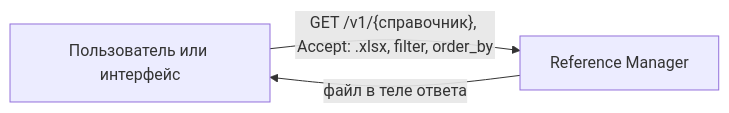
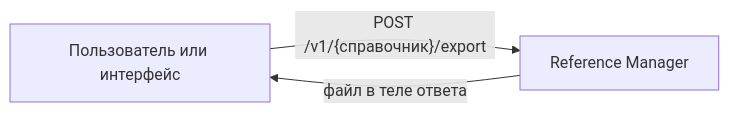
Before and after one commit to MEPhI-C22-501/arch-info-system-monorepo: the fourth of 6 diagrams in reference-manager/documents/162.integration-spec.md, drawn with Mermaid. The commit also changed other lines of this file and 27 other files, not shown here.

First line of the commit message:
docs(reference-manager): follow the currency implementation (ADR-022)

````diff
--- a/reference-manager/documents/162.integration-spec.md
+++ b/reference-manager/documents/162.integration-spec.md
@@ -131,5 +131,5 @@
 ```mermaid
 flowchart LR
-    U["Пользователь или интерфейс"] -->|"GET /v1/{справочник}, Accept: .xlsx, filter, order_by"| RM["Reference Manager"]
+    U["Пользователь или интерфейс"] -->|"POST /v1/{справочник}/export"| RM["Reference Manager"]
     RM -->|"файл в теле ответа"| U
 ```
````
